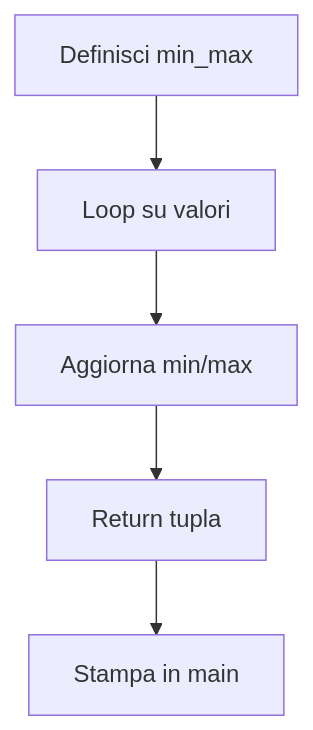
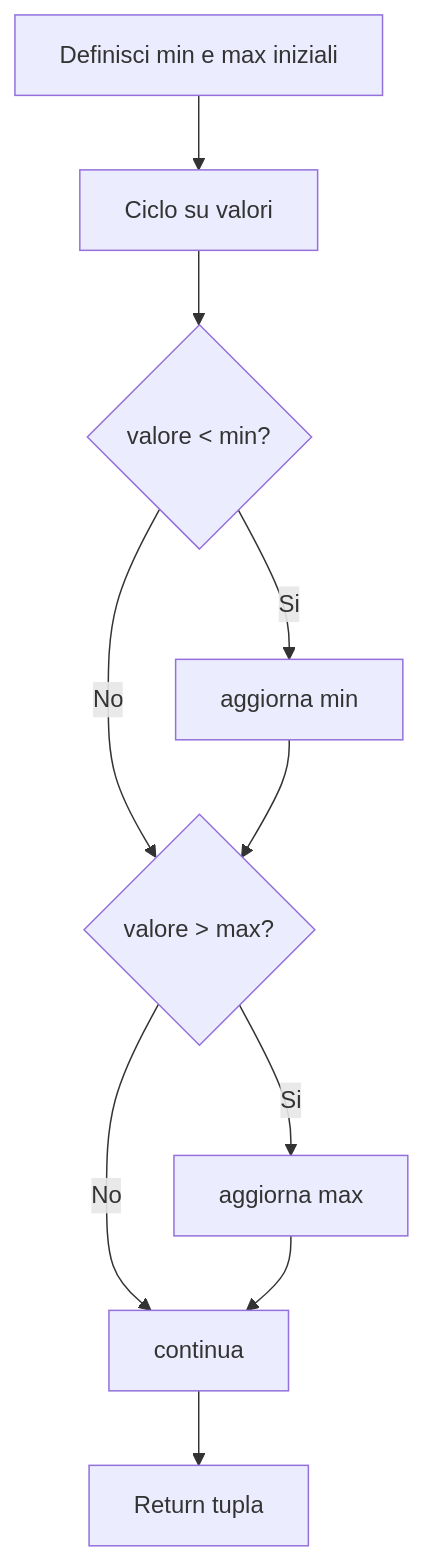
Diagram 16 of 20 in 04-python-jupyter-analisi-biomedica/README.md (lucadagati/Lab_Fondamenti_di_Informatica_25_26), drawn with Mermaid before and after one commit. The commit also changed other lines of this file, not shown here.

First line of the commit message:
README Lab 4: aggiunge testo esercizi e flow più espliciti

````diff
--- a/04-python-jupyter-analisi-biomedica/README.md
+++ b/04-python-jupyter-analisi-biomedica/README.md
@@ -192,7 +238,12 @@
 ```mermaid
 flowchart TD
-    A[Definisci min_max] --> B[Loop su valori]
-    B --> C[Aggiorna min/max]
-    C --> D[Return tupla]
-    D --> E[Stampa in main]
+    A[Definisci min e max iniziali] --> B[Ciclo su valori]
+    B --> C{valore < min?}
+    C -- Si --> D[aggiorna min]
+    C -- No --> E{valore > max?}
+    D --> E
+    E -- Si --> F[aggiorna max]
+    E -- No --> G[continua]
+    F --> G
+    G --> H[Return tupla]
 ```
````
